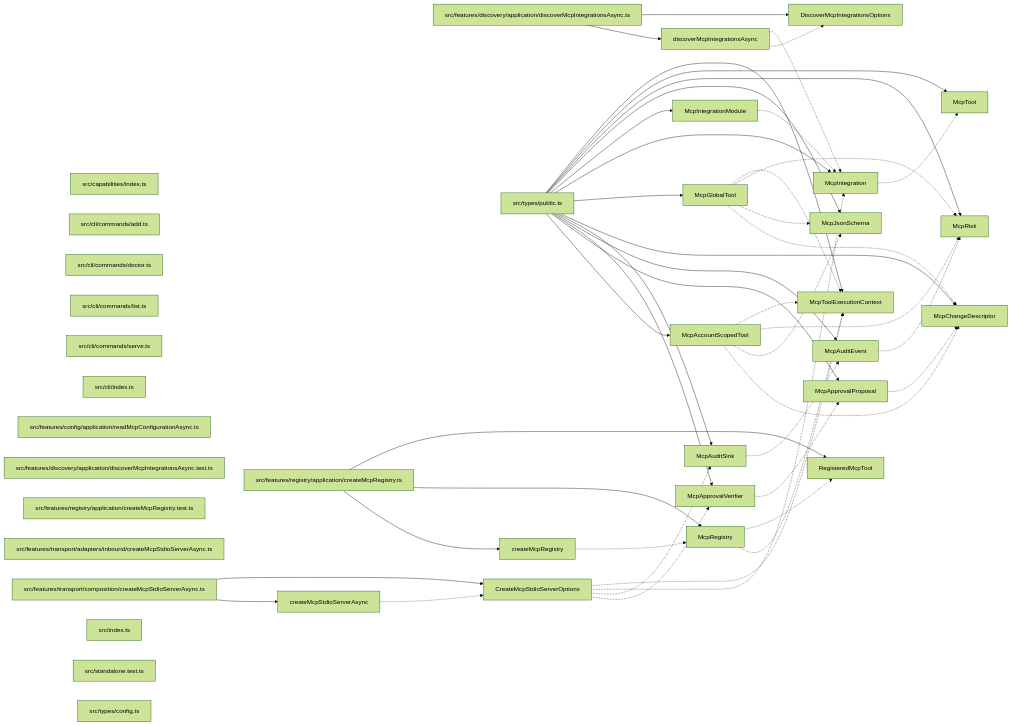
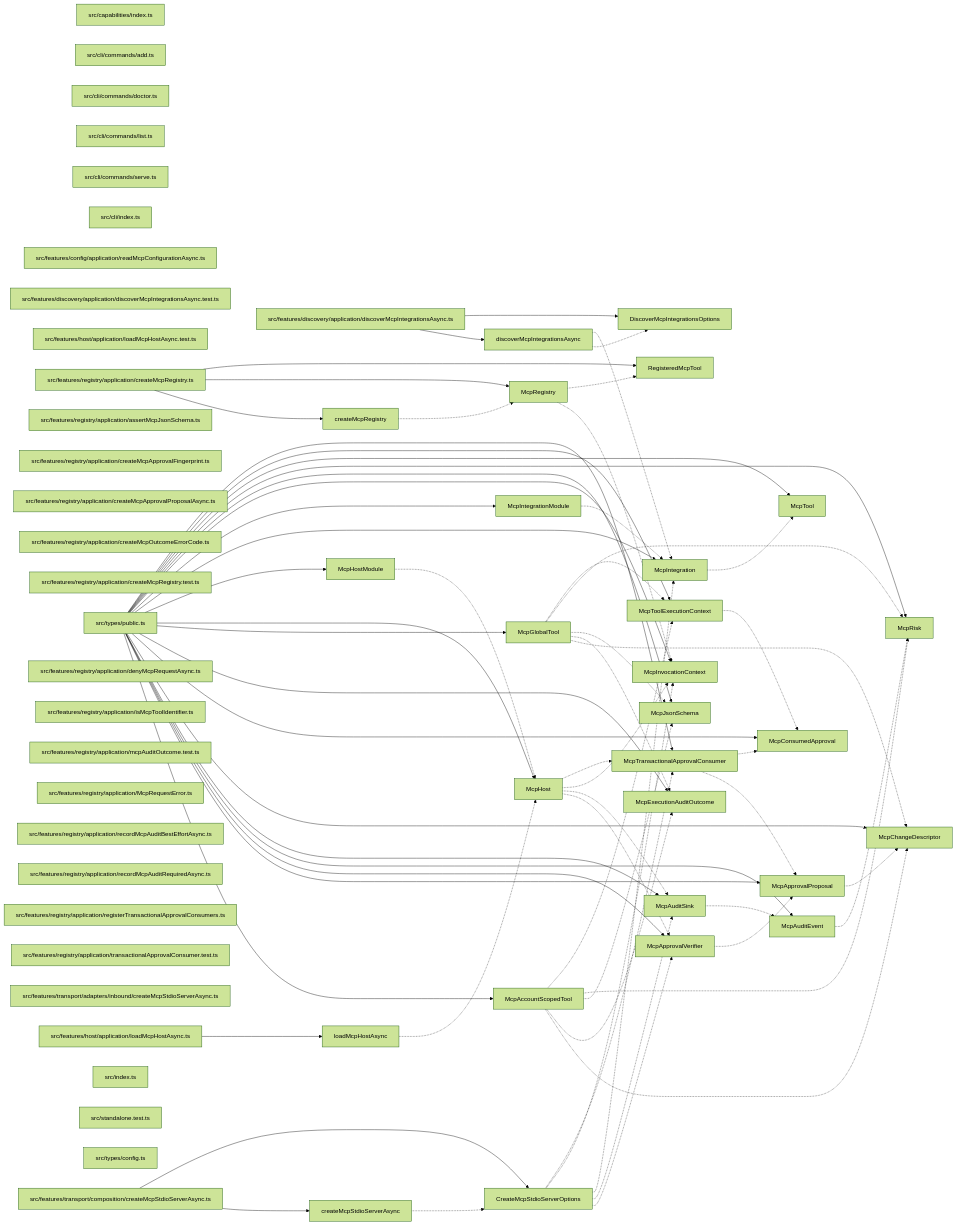
The diagram in paradox/diagrams/export-graph.mmd (ankhorage/mcp), drawn with Mermaid (forest theme) before and after one commit. The commit also changed 14 other files, not shown here.

```diff
--- a/paradox/diagrams/export-graph.mmd
+++ b/paradox/diagrams/export-graph.mmd
@@ -1,82 +1,122 @@
 graph LR
   module_src_capabilities_index_ts["src/capabilities/index.ts"]
   module_src_cli_commands_add_ts["src/cli/commands/add.ts"]
   module_src_cli_commands_doctor_ts["src/cli/commands/doctor.ts"]
   module_src_cli_commands_list_ts["src/cli/commands/list.ts"]
   module_src_cli_commands_serve_ts["src/cli/commands/serve.ts"]
   module_src_cli_index_ts["src/cli/index.ts"]
   module_src_features_config_application_readMcpConfigurationAsync_ts["src/features/config/application/readMcpConfigurationAsync.ts"]
   module_src_features_discovery_application_discoverMcpIntegrationsAsync_test_ts["src/features/discovery/application/discoverMcpIntegrationsAsync.test.ts"]
   module_src_features_discovery_application_discoverMcpIntegrationsAsync_ts["src/features/discovery/application/discoverMcpIntegrationsAsync.ts"]
+  module_src_features_host_application_loadMcpHostAsync_test_ts["src/features/host/application/loadMcpHostAsync.test.ts"]
+  module_src_features_host_application_loadMcpHostAsync_ts["src/features/host/application/loadMcpHostAsync.ts"]
+  module_src_features_registry_application_assertMcpJsonSchema_ts["src/features/registry/application/assertMcpJsonSchema.ts"]
+  module_src_features_registry_application_createMcpApprovalFingerprint_ts["src/features/registry/application/createMcpApprovalFingerprint.ts"]
+  module_src_features_registry_application_createMcpApprovalProposalAsync_ts["src/features/registry/application/createMcpApprovalProposalAsync.ts"]
+  module_src_features_registry_application_createMcpOutcomeErrorCode_ts["src/features/registry/application/createMcpOutcomeErrorCode.ts"]
   module_src_features_registry_application_createMcpRegistry_test_ts["src/features/registry/application/createMcpRegistry.test.ts"]
   module_src_features_registry_application_createMcpRegistry_ts["src/features/registry/application/createMcpRegistry.ts"]
+  module_src_features_registry_application_denyMcpRequestAsync_ts["src/features/registry/application/denyMcpRequestAsync.ts"]
+  module_src_features_registry_application_isMcpToolIdentifier_ts["src/features/registry/application/isMcpToolIdentifier.ts"]
+  module_src_features_registry_application_mcpAuditOutcome_test_ts["src/features/registry/application/mcpAuditOutcome.test.ts"]
+  module_src_features_registry_application_McpRequestError_ts["src/features/registry/application/McpRequestError.ts"]
+  module_src_features_registry_application_recordMcpAuditBestEffortAsync_ts["src/features/registry/application/recordMcpAuditBestEffortAsync.ts"]
+  module_src_features_registry_application_recordMcpAuditRequiredAsync_ts["src/features/registry/application/recordMcpAuditRequiredAsync.ts"]
+  module_src_features_registry_application_registerTransactionalApprovalConsumers_ts["src/features/registry/application/registerTransactionalApprovalConsumers.ts"]
+  module_src_features_registry_application_transactionalApprovalConsumer_test_ts["src/features/registry/application/transactionalApprovalConsumer.test.ts"]
   module_src_features_transport_adapters_inbound_createMcpStdioServerAsync_ts["src/features/transport/adapters/inbound/createMcpStdioServerAsync.ts"]
   module_src_features_transport_composition_createMcpStdioServerAsync_ts["src/features/transport/composition/createMcpStdioServerAsync.ts"]
   module_src_index_ts["src/index.ts"]
   module_src_standalone_test_ts["src/standalone.test.ts"]
   module_src_types_config_ts["src/types/config.ts"]
   module_src_types_public_ts["src/types/public.ts"]
   export_createMcpRegistry["createMcpRegistry"]
   module_src_features_registry_application_createMcpRegistry_ts --> export_createMcpRegistry
   export_createMcpRegistry -.-> export_McpRegistry
   export_createMcpStdioServerAsync["createMcpStdioServerAsync"]
   module_src_features_transport_composition_createMcpStdioServerAsync_ts --> export_createMcpStdioServerAsync
   export_createMcpStdioServerAsync -.-> export_CreateMcpStdioServerOptions
   export_CreateMcpStdioServerOptions["CreateMcpStdioServerOptions"]
   module_src_features_transport_composition_createMcpStdioServerAsync_ts --> export_CreateMcpStdioServerOptions
   export_CreateMcpStdioServerOptions -.-> export_McpApprovalVerifier
   export_CreateMcpStdioServerOptions -.-> export_McpAuditSink
   export_CreateMcpStdioServerOptions -.-> export_McpIntegration
-  export_CreateMcpStdioServerOptions -.-> export_McpToolExecutionContext
+  export_CreateMcpStdioServerOptions -.-> export_McpInvocationContext
+  export_CreateMcpStdioServerOptions -.-> export_McpTransactionalApprovalConsumer
   export_discoverMcpIntegrationsAsync["discoverMcpIntegrationsAsync"]
   module_src_features_discovery_application_discoverMcpIntegrationsAsync_ts --> export_discoverMcpIntegrationsAsync
   export_discoverMcpIntegrationsAsync -.-> export_DiscoverMcpIntegrationsOptions
   export_discoverMcpIntegrationsAsync -.-> export_McpIntegration
   export_DiscoverMcpIntegrationsOptions["DiscoverMcpIntegrationsOptions"]
   module_src_features_discovery_application_discoverMcpIntegrationsAsync_ts --> export_DiscoverMcpIntegrationsOptions
+  export_loadMcpHostAsync["loadMcpHostAsync"]
+  module_src_features_host_application_loadMcpHostAsync_ts --> export_loadMcpHostAsync
+  export_loadMcpHostAsync -.-> export_McpHost
   export_McpAccountScopedTool["McpAccountScopedTool"]
   module_src_types_public_ts --> export_McpAccountScopedTool
   export_McpAccountScopedTool -.-> export_McpChangeDescriptor
+  export_McpAccountScopedTool -.-> export_McpExecutionAuditOutcome
   export_McpAccountScopedTool -.-> export_McpJsonSchema
   export_McpAccountScopedTool -.-> export_McpRisk
   export_McpAccountScopedTool -.-> export_McpToolExecutionContext
   export_McpApprovalProposal["McpApprovalProposal"]
   module_src_types_public_ts --> export_McpApprovalProposal
   export_McpApprovalProposal -.-> export_McpChangeDescriptor
   export_McpApprovalVerifier["McpApprovalVerifier"]
   module_src_types_public_ts --> export_McpApprovalVerifier
   export_McpApprovalVerifier -.-> export_McpApprovalProposal
   export_McpAuditEvent["McpAuditEvent"]
   module_src_types_public_ts --> export_McpAuditEvent
   export_McpAuditEvent -.-> export_McpRisk
   export_McpAuditSink["McpAuditSink"]
   module_src_types_public_ts --> export_McpAuditSink
   export_McpAuditSink -.-> export_McpAuditEvent
   export_McpChangeDescriptor["McpChangeDescriptor"]
   module_src_types_public_ts --> export_McpChangeDescriptor
+  export_McpConsumedApproval["McpConsumedApproval"]
+  module_src_types_public_ts --> export_McpConsumedApproval
+  export_McpExecutionAuditOutcome["McpExecutionAuditOutcome"]
+  module_src_types_public_ts --> export_McpExecutionAuditOutcome
   export_McpGlobalTool["McpGlobalTool"]
   module_src_types_public_ts --> export_McpGlobalTool
   export_McpGlobalTool -.-> export_McpChangeDescriptor
+  export_McpGlobalTool -.-> export_McpExecutionAuditOutcome
   export_McpGlobalTool -.-> export_McpJsonSchema
   export_McpGlobalTool -.-> export_McpRisk
   export_McpGlobalTool -.-> export_McpToolExecutionContext
+  export_McpHost["McpHost"]
+  module_src_types_public_ts --> export_McpHost
+  export_McpHost -.-> export_McpApprovalVerifier
+  export_McpHost -.-> export_McpAuditSink
+  export_McpHost -.-> export_McpInvocationContext
+  export_McpHost -.-> export_McpTransactionalApprovalConsumer
+  export_McpHostModule["McpHostModule"]
+  module_src_types_public_ts --> export_McpHostModule
+  export_McpHostModule -.-> export_McpHost
   export_McpIntegration["McpIntegration"]
   module_src_types_public_ts --> export_McpIntegration
   export_McpIntegration -.-> export_McpTool
   export_McpIntegrationModule["McpIntegrationModule"]
   module_src_types_public_ts --> export_McpIntegrationModule
   export_McpIntegrationModule -.-> export_McpIntegration
+  export_McpInvocationContext["McpInvocationContext"]
+  module_src_types_public_ts --> export_McpInvocationContext
   export_McpJsonSchema["McpJsonSchema"]
   module_src_types_public_ts --> export_McpJsonSchema
   export_McpRegistry["McpRegistry"]
   module_src_features_registry_application_createMcpRegistry_ts --> export_McpRegistry
-  export_McpRegistry -.-> export_McpToolExecutionContext
+  export_McpRegistry -.-> export_McpInvocationContext
   export_McpRegistry -.-> export_RegisteredMcpTool
   export_McpRisk["McpRisk"]
   module_src_types_public_ts --> export_McpRisk
   export_McpTool["McpTool"]
   module_src_types_public_ts --> export_McpTool
   export_McpToolExecutionContext["McpToolExecutionContext"]
   module_src_types_public_ts --> export_McpToolExecutionContext
+  export_McpToolExecutionContext -.-> export_McpConsumedApproval
+  export_McpTransactionalApprovalConsumer["McpTransactionalApprovalConsumer"]
+  module_src_types_public_ts --> export_McpTransactionalApprovalConsumer
+  export_McpTransactionalApprovalConsumer -.-> export_McpApprovalProposal
+  export_McpTransactionalApprovalConsumer -.-> export_McpConsumedApproval
   export_RegisteredMcpTool["RegisteredMcpTool"]
   module_src_features_registry_application_createMcpRegistry_ts --> export_RegisteredMcpTool
```
